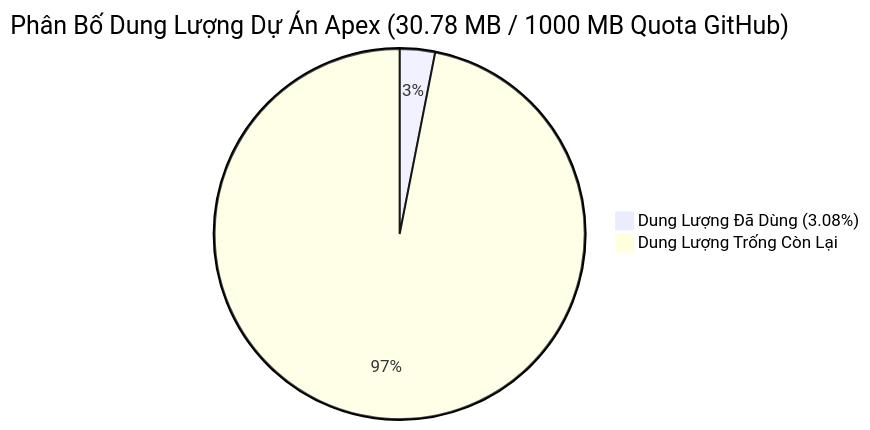
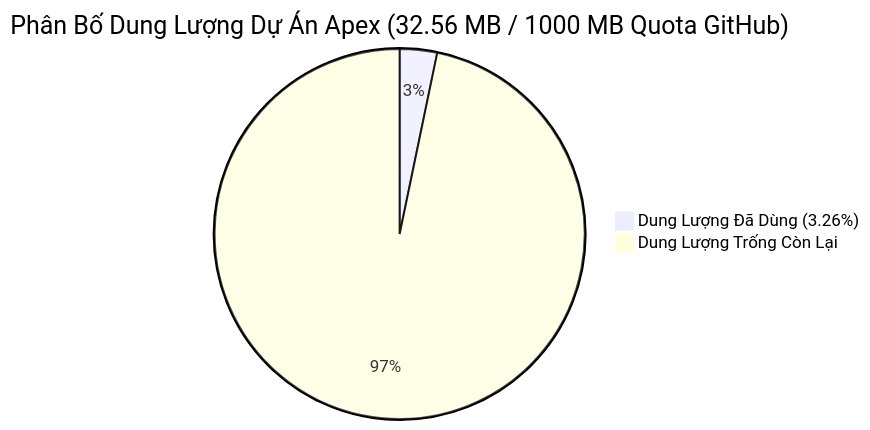
One commit to Thienphuoctran/apex-hedge-fund changed the diagram in 12_Institutional_Ombudsman_And_Inspectorate/daily_audits/2026-11-09_Infrastructure_Health_And_Capacity_Audit.md. Above: the diagram before and after it, drawn with Mermaid. The commit also changed other lines of this file and 5 other files, not shown here.

````diff
--- a/12_Institutional_Ombudsman_And_Inspectorate/daily_audits/2026-11-09_Infrastructure_Health_And_Capacity_Audit.md
+++ b/12_Institutional_Ombudsman_And_Inspectorate/daily_audits/2026-11-09_Infrastructure_Health_And_Capacity_Audit.md
@@ -15,5 +15,5 @@
 ```mermaid
-pie title Phân Bố Dung Lượng Dự Án Apex (30.78 MB / 1000 MB Quota GitHub)
-    "Dung Lượng Đã Dùng (3.08%)" : 30.78
-    "Dung Lượng Trống Còn Lại" : 969.22
+pie title Phân Bố Dung Lượng Dự Án Apex (32.56 MB / 1000 MB Quota GitHub)
+    "Dung Lượng Đã Dùng (3.26%)" : 32.56
+    "Dung Lượng Trống Còn Lại" : 967.44
 ```
````
